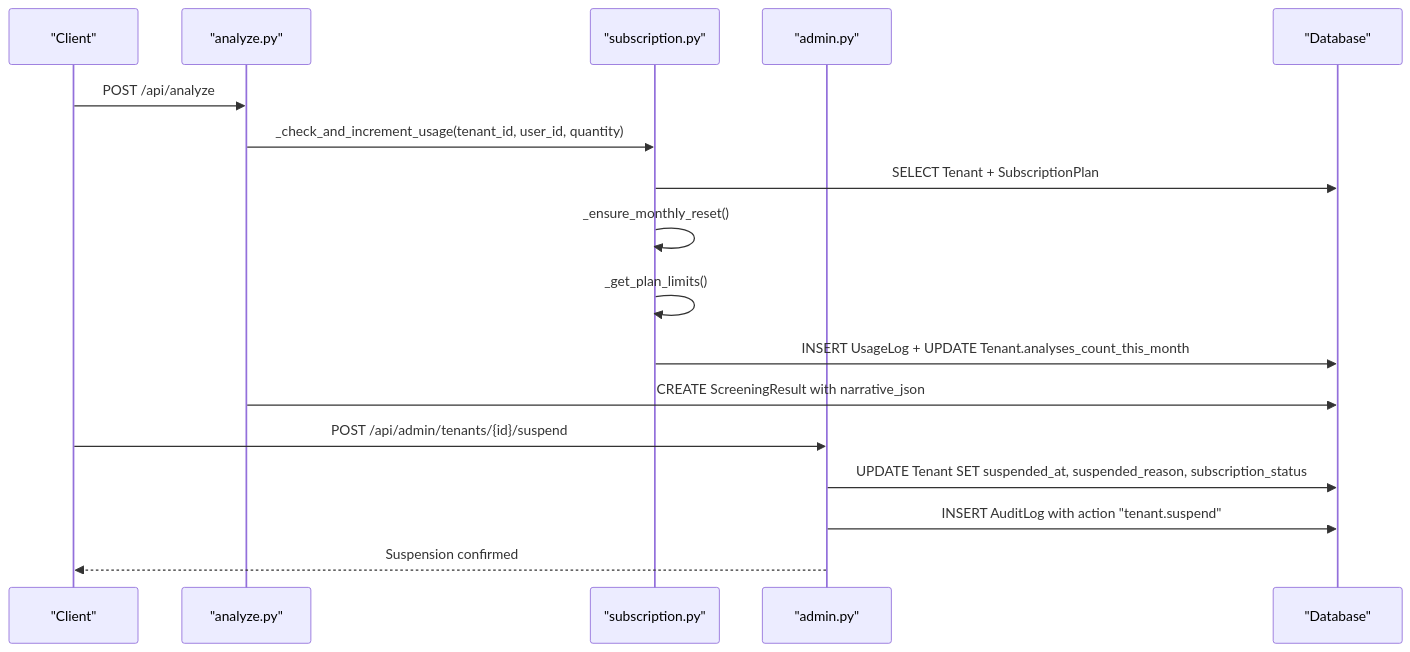
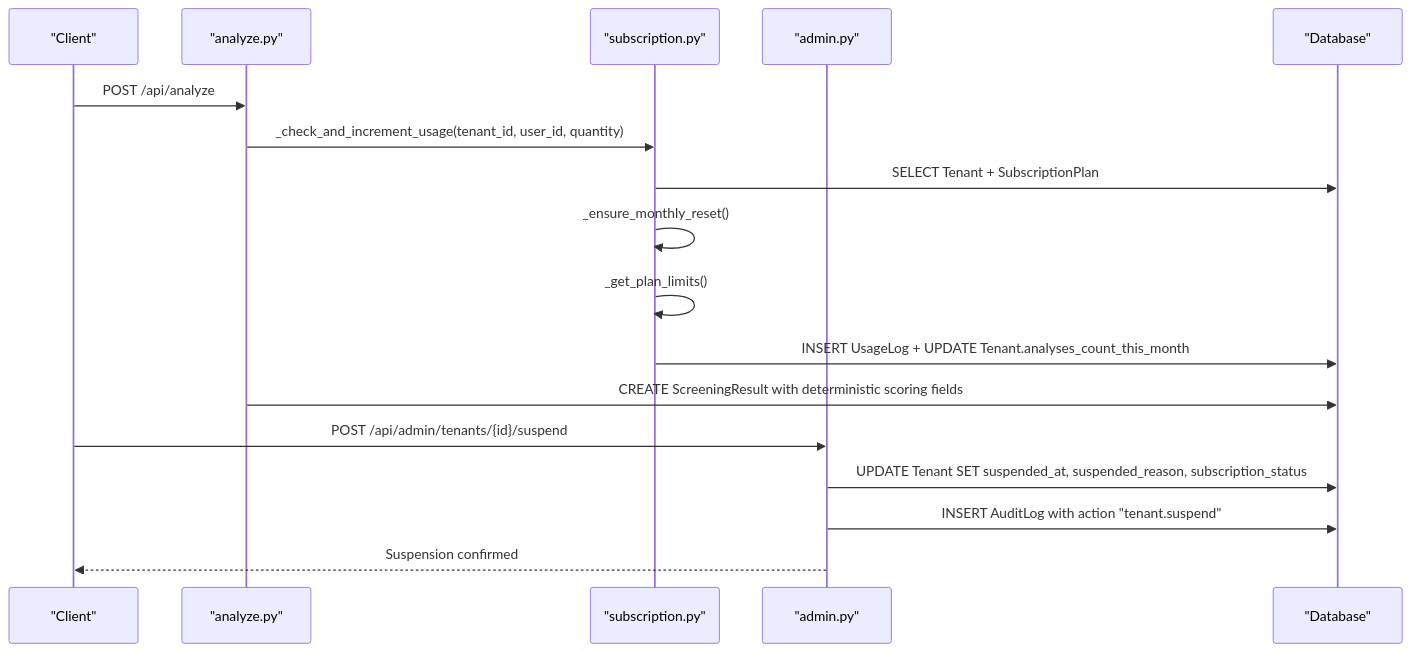
The third of 12 diagrams in .qoder/repowiki/en/content/Database Design/Database Design.md (Revanththetalogics/aireume), drawn with Mermaid before and after one commit. The commit also changed other lines of this file and 21 other files, not shown here.

````diff
--- a/.qoder/repowiki/en/content/Database Design/Database Design.md
+++ b/.qoder/repowiki/en/content/Database Design/Database Design.md
@@ -273,19 +298,19 @@
 ```mermaid
 sequenceDiagram
 participant Client as "Client"
 participant Route as "analyze.py"
 participant Sub as "subscription.py"
 participant Admin as "admin.py"
 participant DB as "Database"
 Client->>Route : POST /api/analyze
 Route->>Sub : _check_and_increment_usage(tenant_id, user_id, quantity)
 Sub->>DB : SELECT Tenant + SubscriptionPlan
 Sub->>Sub : _ensure_monthly_reset()
 Sub->>Sub : _get_plan_limits()
 Sub->>DB : INSERT UsageLog + UPDATE Tenant.analyses_count_this_month
-Route->>DB : CREATE ScreeningResult with narrative_json
+Route->>DB : CREATE ScreeningResult with deterministic scoring fields
 Client->>Admin : POST /api/admin/tenants/{id}/suspend
 Admin->>DB : UPDATE Tenant SET suspended_at, suspended_reason, subscription_status
 Admin->>DB : INSERT AuditLog with action "tenant.suspend"
 Admin-->>Client : Suspension confirmed
 ```
````
